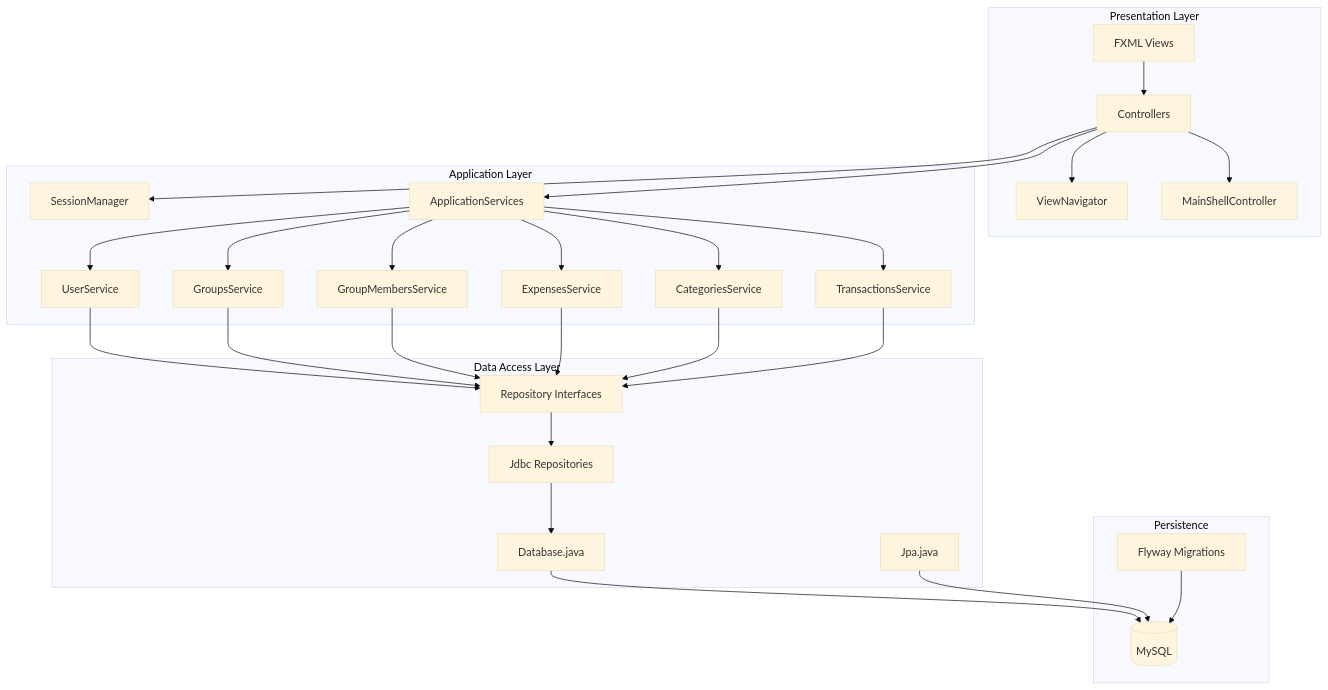
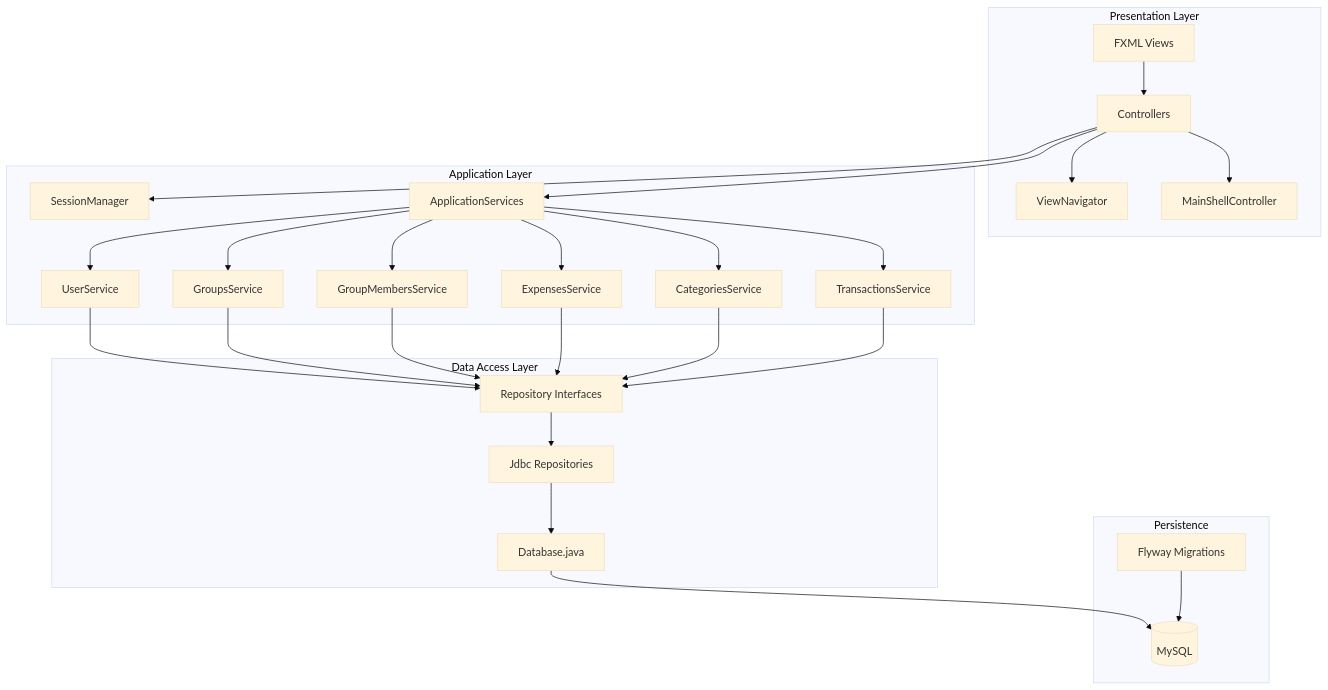
One commit to MikeySharma/javafx-splitms changed the diagram in docs/architecture/diagrams/runtime-layered.mmd. Above: the diagram before and after it, drawn with Mermaid (base theme). The commit also changed 12 other files, not shown here.

```diff
--- a/docs/architecture/diagrams/runtime-layered.mmd
+++ b/docs/architecture/diagrams/runtime-layered.mmd
@@ -1,56 +1,54 @@
 flowchart TB
     subgraph UI[Presentation Layer]
         V1[FXML Views]
         C1[Controllers]
         VN[ViewNavigator]
         SH[MainShellController]
     end
 
     subgraph APP[Application Layer]
         SS[SessionManager]
         AS[ApplicationServices]
         US[UserService]
         GS[GroupsService]
         GMS[GroupMembersService]
         ES[ExpensesService]
         CS[CategoriesService]
         TS[TransactionsService]
     end
 
     subgraph DATA[Data Access Layer]
         RI[Repository Interfaces]
         RJ[Jdbc Repositories]
         DBX[Database.java]
-        JPA[Jpa.java]
     end
 
     subgraph STORE[Persistence]
         MYSQL[(MySQL)]
         MIG[Flyway Migrations]
     end
 
     V1 --> C1
     C1 --> VN
     C1 --> SH
     C1 --> SS
     C1 --> AS
 
     AS --> US
     AS --> GS
     AS --> GMS
     AS --> ES
     AS --> CS
     AS --> TS
 
     US --> RI
     GS --> RI
     GMS --> RI
     ES --> RI
     CS --> RI
     TS --> RI
 
     RI --> RJ
     RJ --> DBX
     DBX --> MYSQL
-    JPA --> MYSQL
     MIG --> MYSQL
```
